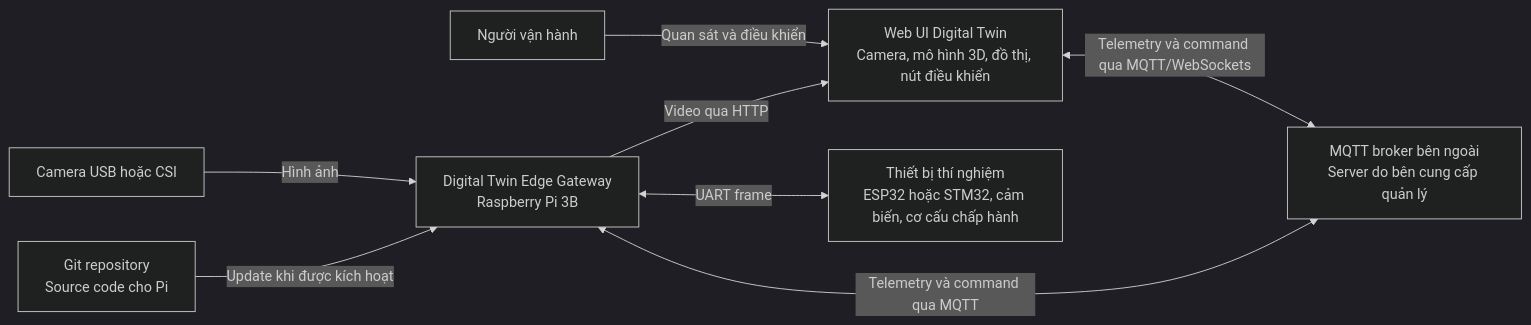
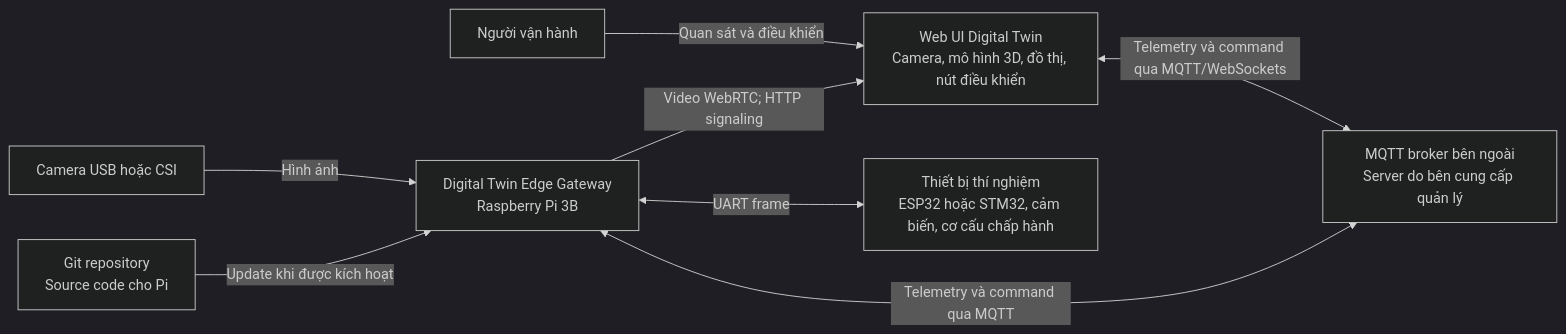
The diagram in docs/01-context.md (dugati201-glitch/digital_twin), drawn with Mermaid (dark theme) before and after one commit. The commit also changed other lines of this file and 18 other files, not shown here.

Commit message:
Replace camera MJPEG stream with WebRTC

````diff
--- a/docs/01-context.md
+++ b/docs/01-context.md
@@ -9,21 +9,21 @@
 ```mermaid
 flowchart LR
     user["Người vận hành"]
     web["Web UI Digital Twin
 Camera, mô hình 3D, đồ thị, nút điều khiển"]
     edge["Digital Twin Edge Gateway
 Raspberry Pi 3B"]
     mcu["Thiết bị thí nghiệm
 ESP32 hoặc STM32, cảm biến, cơ cấu chấp hành"]
     camera["Camera USB hoặc CSI"]
     repo["Git repository
 Source code cho Pi"]
     user -->|"Quan sát và điều khiển"| web
     broker["MQTT broker bên ngoài<br/>Server do bên cung cấp quản lý"]
     web <-->|"Telemetry và command qua MQTT/WebSockets"| broker
     edge <-->|"Telemetry và command qua MQTT"| broker
-    edge -->|"Video qua HTTP"| web
+    edge -->|"Video WebRTC; HTTP signaling"| web
     edge <-->|"UART frame"| mcu
     camera -->|"Hình ảnh"| edge
     repo -->|"Update khi được kích hoạt"| edge
 ```
````
